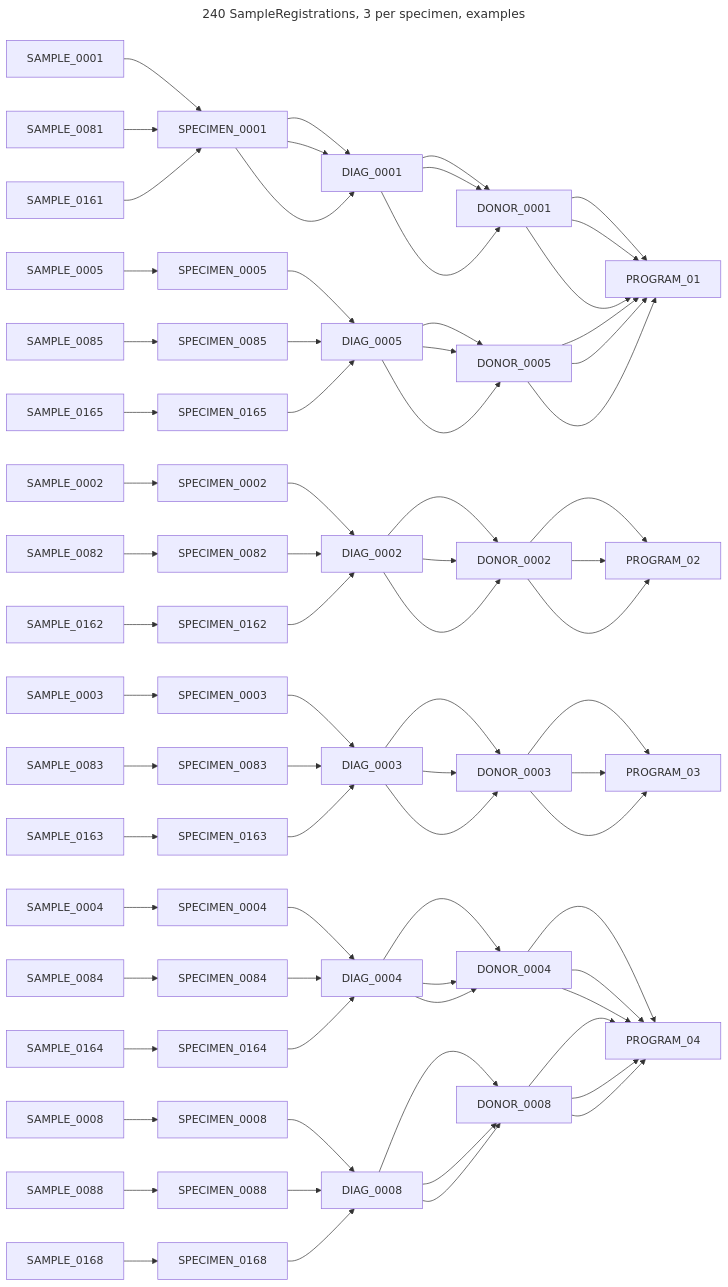
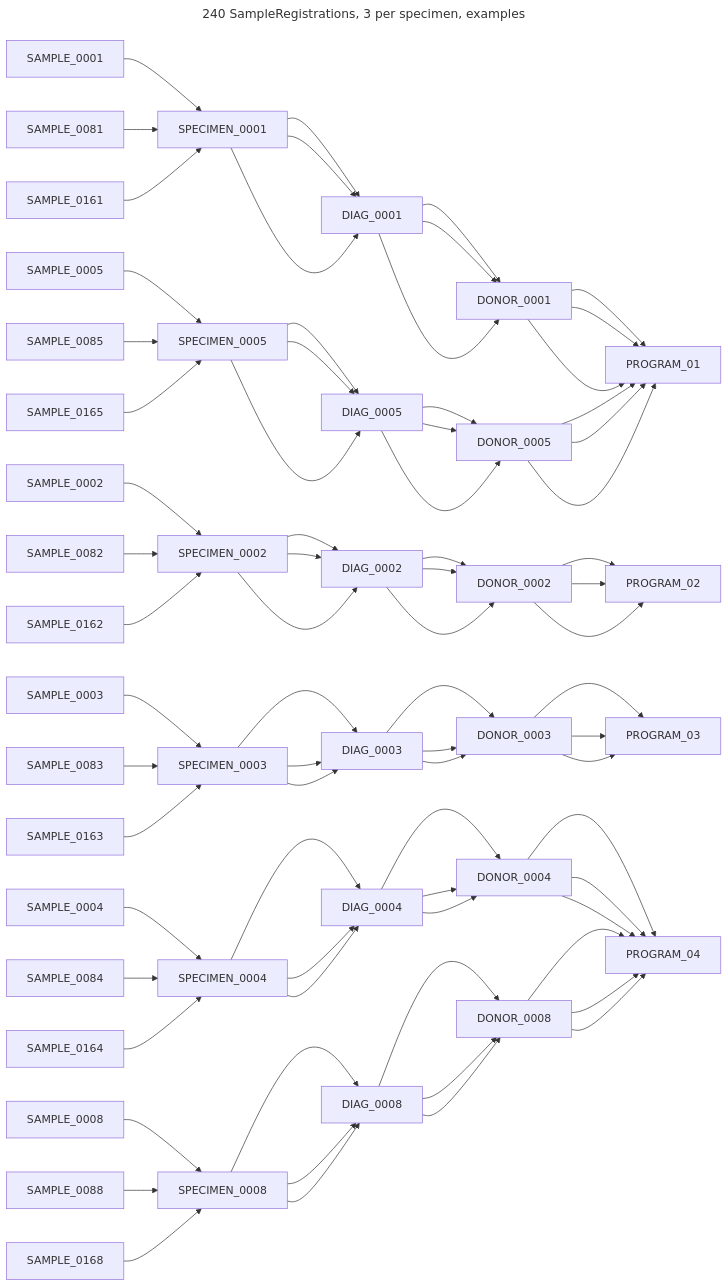
The fourth of 14 diagrams in chord_metadata_service/mohpackets/data/small_dataset/README.md (CanDIG/katsu), drawn with Mermaid before and after one commit.

Commit message:
fix linking samples

````diff
--- a/chord_metadata_service/mohpackets/data/small_dataset/README.md
+++ b/chord_metadata_service/mohpackets/data/small_dataset/README.md
@@ -66,24 +66,24 @@
 ```mermaid
 ---
 title: 240 SampleRegistrations, 3 per specimen, examples
 ---
 graph LR;  
   SAMPLE_0001--> SPECIMEN_0001 --> DIAG_0001 --> DONOR_0001 --> PROGRAM_01;  
   SAMPLE_0081--> SPECIMEN_0001 --> DIAG_0001 --> DONOR_0001 --> PROGRAM_01;  
   SAMPLE_0161--> SPECIMEN_0001 --> DIAG_0001 --> DONOR_0001 --> PROGRAM_01;  
   SAMPLE_0005--> SPECIMEN_0005 --> DIAG_0005 --> DONOR_0005 --> PROGRAM_01;  
-  SAMPLE_0085--> SPECIMEN_0085 --> DIAG_0005 --> DONOR_0005 --> PROGRAM_01;  
-  SAMPLE_0165--> SPECIMEN_0165 --> DIAG_0005 --> DONOR_0005 --> PROGRAM_01;  
+  SAMPLE_0085--> SPECIMEN_0005 --> DIAG_0005 --> DONOR_0005 --> PROGRAM_01;  
+  SAMPLE_0165--> SPECIMEN_0005 --> DIAG_0005 --> DONOR_0005 --> PROGRAM_01;  
   SAMPLE_0002--> SPECIMEN_0002 --> DIAG_0002 --> DONOR_0002 --> PROGRAM_02;  
-  SAMPLE_0082--> SPECIMEN_0082 --> DIAG_0002 --> DONOR_0002 --> PROGRAM_02;  
-  SAMPLE_0162--> SPECIMEN_0162 --> DIAG_0002 --> DONOR_0002 --> PROGRAM_02;  
+  SAMPLE_0082--> SPECIMEN_0002 --> DIAG_0002 --> DONOR_0002 --> PROGRAM_02;  
+  SAMPLE_0162--> SPECIMEN_0002 --> DIAG_0002 --> DONOR_0002 --> PROGRAM_02;  
   SAMPLE_0003--> SPECIMEN_0003 --> DIAG_0003 --> DONOR_0003 --> PROGRAM_03;  
-  SAMPLE_0083--> SPECIMEN_0083 --> DIAG_0003 --> DONOR_0003 --> PROGRAM_03;  
-  SAMPLE_0163--> SPECIMEN_0163 --> DIAG_0003 --> DONOR_0003 --> PROGRAM_03;  
+  SAMPLE_0083--> SPECIMEN_0003 --> DIAG_0003 --> DONOR_0003 --> PROGRAM_03;  
+  SAMPLE_0163--> SPECIMEN_0003 --> DIAG_0003 --> DONOR_0003 --> PROGRAM_03;  
   SAMPLE_0004--> SPECIMEN_0004 --> DIAG_0004 --> DONOR_0004 --> PROGRAM_04;
-  SAMPLE_0084--> SPECIMEN_0084 --> DIAG_0004 --> DONOR_0004 --> PROGRAM_04;
-  SAMPLE_0164--> SPECIMEN_0164 --> DIAG_0004 --> DONOR_0004 --> PROGRAM_04;
+  SAMPLE_0084--> SPECIMEN_0004 --> DIAG_0004 --> DONOR_0004 --> PROGRAM_04;
+  SAMPLE_0164--> SPECIMEN_0004 --> DIAG_0004 --> DONOR_0004 --> PROGRAM_04;
   SAMPLE_0008--> SPECIMEN_0008 --> DIAG_0008 --> DONOR_0008 --> PROGRAM_04;
-  SAMPLE_0088--> SPECIMEN_0088 --> DIAG_0008 --> DONOR_0008 --> PROGRAM_04;
-  SAMPLE_0168--> SPECIMEN_0168 --> DIAG_0008 --> DONOR_0008 --> PROGRAM_04;
+  SAMPLE_0088--> SPECIMEN_0008 --> DIAG_0008 --> DONOR_0008 --> PROGRAM_04;
+  SAMPLE_0168--> SPECIMEN_0008 --> DIAG_0008 --> DONOR_0008 --> PROGRAM_04;
 ```
````
